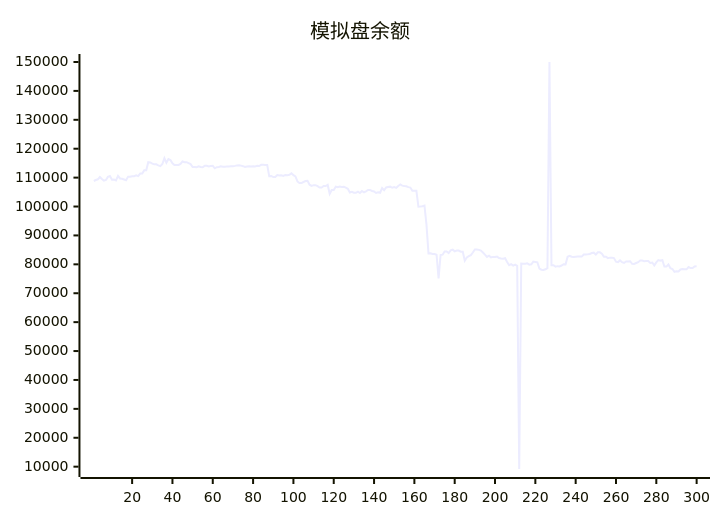
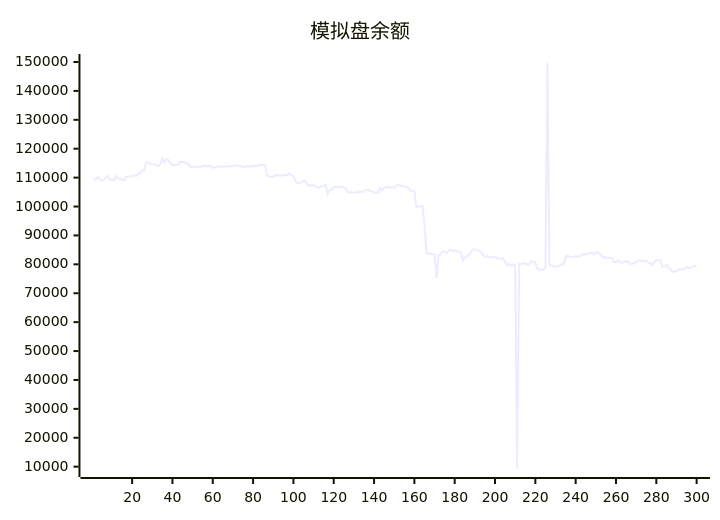
The diagram in README.md (aahl/ai-trading), drawn with Mermaid before and after one commit. The commit also changed other lines of this file and 1 other file, not shown here.

````diff
--- a/README.md
+++ b/README.md
@@ -5,5 +5,5 @@
 ```mermaid
 xychart
     title "模拟盘余额"
-    line [108823,109162,109419,110224,109539,108945,109172,110262,110546,109304,109343,109053,110606,109702,109584,109337,109071,110342,110342,110488,110488,110814,110531,111421,111421,112518,112522,115341,115266,114830,114584,114588,114231,113973,114726,116697,115160,116423,116083,114950,114365,114365,114388,114730,115582,115358,115358,115032,114686,113688,113688,113610,113930,113672,113585,114083,114074,113840,113996,114051,113208,113593,113701,113901,113794,113784,113810,113848,113927,113929,114064,114232,114293,114144,113960,113698,113853,113942,113812,113908,113877,114091,113998,114427,114422,114384,114384,110477,110576,110198,110198,110890,110712,110812,110569,110929,110847,110968,111478,110870,110433,108661,108116,108115,108485,108797,108877,107536,107134,107393,107393,107046,106565,106565,107081,107081,107478,104404,105715,105749,106866,106651,106889,106771,106816,106565,106141,104876,105103,104796,104734,105169,104690,105380,104941,105272,105709,105739,105374,105227,104691,104924,104762,106364,105628,106608,106748,106872,106485,106721,106468,107132,107620,107224,107080,107001,106717,106567,105431,105431,105440,99950,100017,100113,100337,93749,83795,83807,83567,83567,83342,75168,83222,83336,84448,84449,83896,84839,85065,84499,84757,84757,84364,84347,81254,82385,82835,83184,84099,85150,85150,85002,84751,84096,83356,82582,82983,82404,82572,82512,82688,82200,82047,81920,82125,80840,79688,80060,79552,79920,79470,9193,80236,80208,80170,80336,79894,80006,80954,80837,80712,78561,78139,78037,78293,78682,150000,79720,79720,79214,79372,79279,79591,80046,79993,82625,82950,82626,82571,82633,82670,82670,82681,83386,83378,83464,83579,83920,84037,83402,84160,84142,83652,82655,82655,82145,82315,82243,82163,80934,80770,81371,80742,80468,80989,80989,81067,80191,80155,80450,80737,81309,81309,81106,81119,81119,80471,80631,79624,80670,81448,81290,81429,79212,79222,79940,78643,78380,77432,77623,77504,78235,78358,78284,78277,79048,78714,78714,79290,79308]
+    line [109162,109419,110224,109539,108945,109172,110262,110546,109304,109343,109053,110606,109702,109584,109337,109071,110342,110342,110488,110488,110814,110531,111421,111421,112518,112522,115341,115266,114830,114584,114588,114231,113973,114726,116697,115160,116423,116083,114950,114365,114365,114388,114730,115582,115358,115358,115032,114686,113688,113688,113610,113930,113672,113585,114083,114074,113840,113996,114051,113208,113593,113701,113901,113794,113784,113810,113848,113927,113929,114064,114232,114293,114144,113960,113698,113853,113942,113812,113908,113877,114091,113998,114427,114422,114384,114384,110477,110576,110198,110198,110890,110712,110812,110569,110929,110847,110968,111478,110870,110433,108661,108116,108115,108485,108797,108877,107536,107134,107393,107393,107046,106565,106565,107081,107081,107478,104404,105715,105749,106866,106651,106889,106771,106816,106565,106141,104876,105103,104796,104734,105169,104690,105380,104941,105272,105709,105739,105374,105227,104691,104924,104762,106364,105628,106608,106748,106872,106485,106721,106468,107132,107620,107224,107080,107001,106717,106567,105431,105431,105440,99950,100017,100113,100337,93749,83795,83807,83567,83567,83342,75168,83222,83336,84448,84449,83896,84839,85065,84499,84757,84757,84364,84347,81254,82385,82835,83184,84099,85150,85150,85002,84751,84096,83356,82582,82983,82404,82572,82512,82688,82200,82047,81920,82125,80840,79688,80060,79552,79920,79470,9193,80236,80208,80170,80336,79894,80006,80954,80837,80712,78561,78139,78037,78293,78682,150000,79720,79720,79214,79372,79279,79591,80046,79993,82625,82950,82626,82571,82633,82670,82670,82681,83386,83378,83464,83579,83920,84037,83402,84160,84142,83652,82655,82655,82145,82315,82243,82163,80934,80770,81371,80742,80468,80989,80989,81067,80191,80155,80450,80737,81309,81309,81106,81119,81119,80471,80631,79624,80670,81448,81290,81429,79212,79222,79940,78643,78380,77432,77623,77504,78235,78358,78284,78277,79048,78714,78714,79290,79308,79567]
 ```
````
